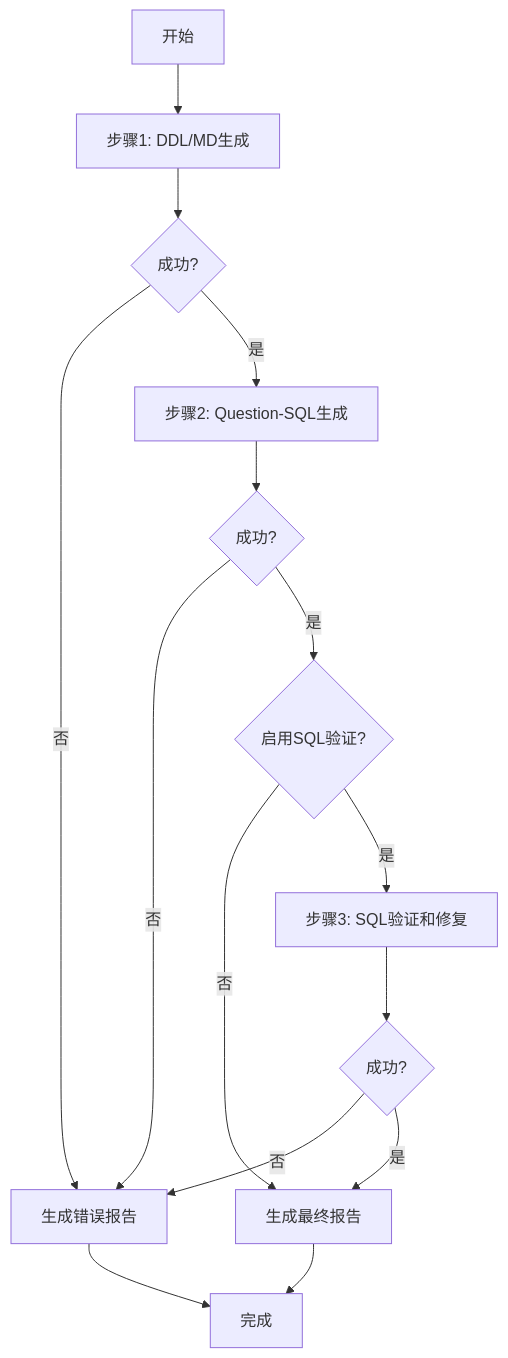
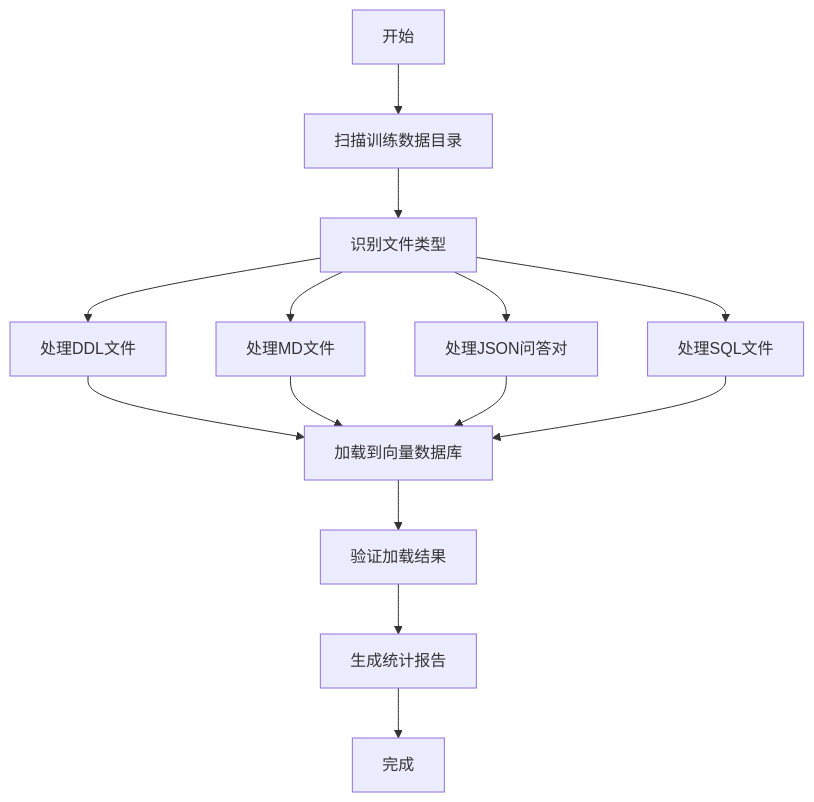
One commit to paulwxq/VANNA-CHAINLIT-CHROMADB changed the fifth of 5 diagrams in docs/Schema Tools 系统概要设计说明书.md. Above: the diagram before and after it, drawn with Mermaid. The commit also changed other lines of this file and 95 other files, not shown here.

````diff
--- a/docs/Schema Tools 系统概要设计说明书.md
+++ b/docs/Schema Tools 系统概要设计说明书.md
@@ -162,17 +206,16 @@
 ```mermaid
 graph TD
-    A[开始] --> B[步骤1: DDL/MD生成]
-    B --> C{成功?}
-    C -->|否| D[生成错误报告]
-    C -->|是| E[步骤2: Question-SQL生成]
-    E --> F{成功?}
-    F -->|否| D
-    F -->|是| G{启用SQL验证?}
-    G -->|否| H[生成最终报告]
-    G -->|是| I[步骤3: SQL验证和修复]
-    I --> J{成功?}
-    J -->|否| D
-    J -->|是| H
-    H --> K[完成]
-    D --> K
+    A[开始] --> B[扫描训练数据目录]
+    B --> C[识别文件类型]
+    C --> D[处理DDL文件]
+    C --> E[处理MD文件]
+    C --> F[处理JSON问答对]
+    C --> G[处理SQL文件]
+    D --> H[加载到向量数据库]
+    E --> H
+    F --> H
+    G --> H
+    H --> I[验证加载结果]
+    I --> J[生成统计报告]
+    J --> K[完成]
 ```
````
